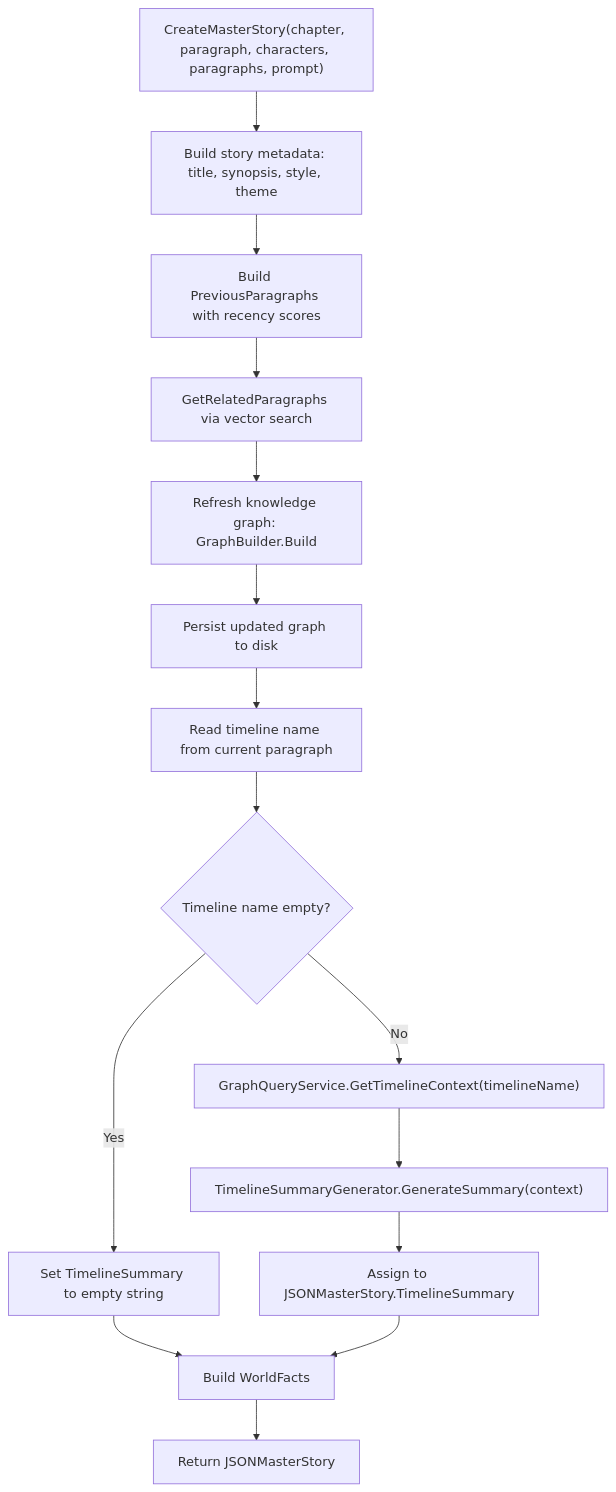
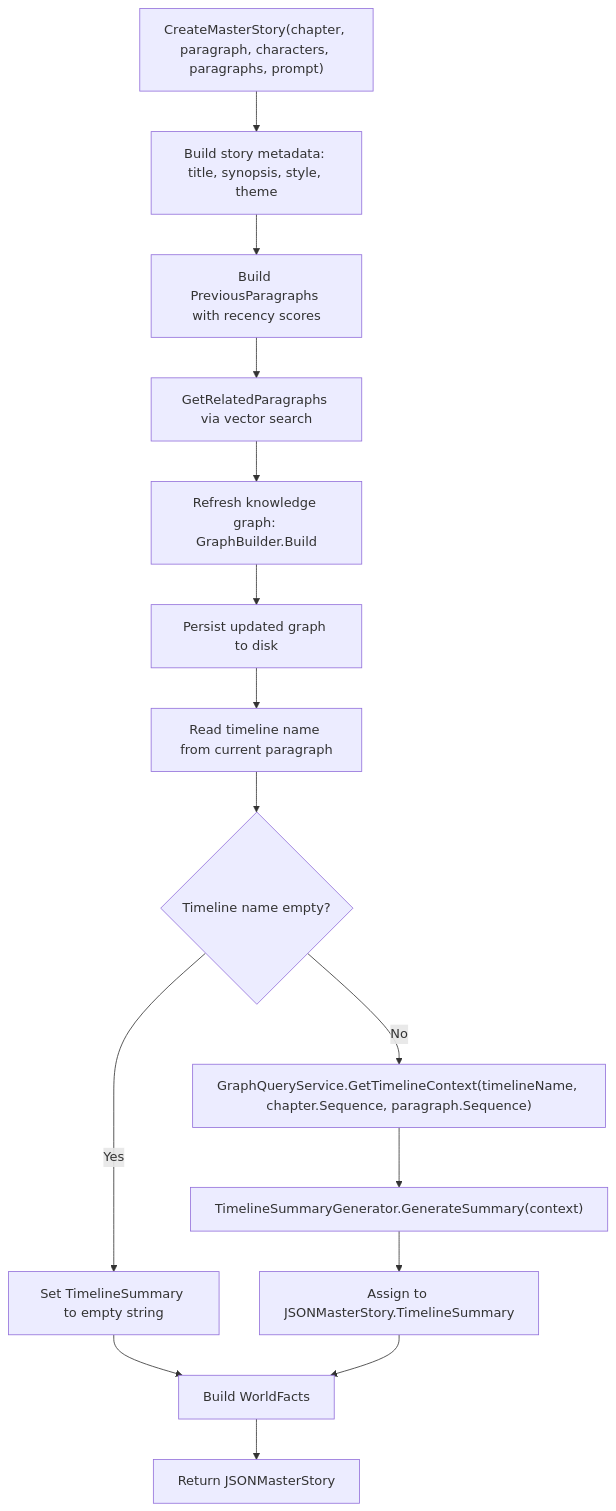
The seventh of 11 diagrams in docs/timeline-aware-graph-retrieval-plan.md (AIStoryBuilders/AIStoryBuilders), drawn with Mermaid before and after one commit. The commit also changed other lines of this file and 11 other files, not shown here.

First line of the commit message:
Timeline-aware context and summary for AI paragraph gen

````diff
--- a/docs/timeline-aware-graph-retrieval-plan.md
+++ b/docs/timeline-aware-graph-retrieval-plan.md
@@ -345,17 +345,17 @@
 ```mermaid
 flowchart TD
     A["CreateMasterStory(chapter, paragraph, characters, paragraphs, prompt)"] --> B["Build story metadata: title, synopsis, style, theme"]
     B --> C["Build PreviousParagraphs with recency scores"]
     C --> D["GetRelatedParagraphs via vector search"]
     D --> E["Refresh knowledge graph: GraphBuilder.Build"]
     E --> F["Persist updated graph to disk"]
     F --> G["Read timeline name from current paragraph"]
     G --> H{"Timeline name empty?"}
     H -->|Yes| I["Set TimelineSummary to empty string"]
-    H -->|No| J["GraphQueryService.GetTimelineContext(timelineName)"]
+    H -->|No| J["GraphQueryService.GetTimelineContext(timelineName, chapter.Sequence, paragraph.Sequence)"]
     J --> K["TimelineSummaryGenerator.GenerateSummary(context)"]
     K --> L["Assign to JSONMasterStory.TimelineSummary"]
     I --> M["Build WorldFacts"]
     L --> M
     M --> N["Return JSONMasterStory"]
 ```
````
